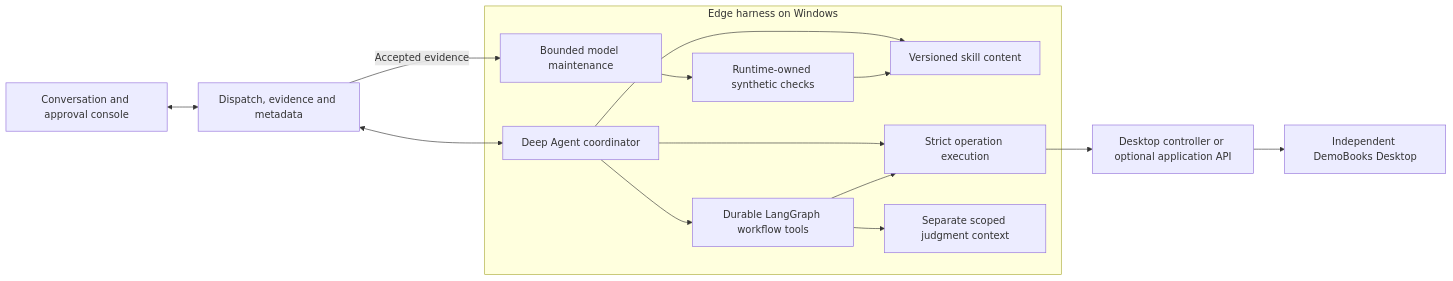
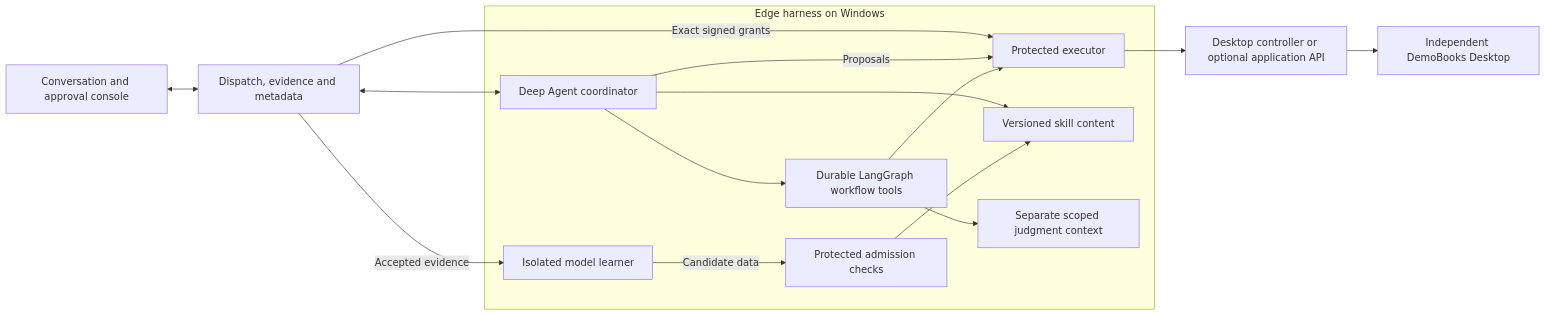
One commit to philip-roy-jones/enterprise-agent-system changed the diagram in README.md. Above: the diagram before and after it, drawn with Mermaid. The commit also changed other lines of this file and 66 other files, not shown here.

Commit message:
Enforce scoped identities and isolate Windows agent execution

````diff
--- a/README.md
+++ b/README.md
@@ -109,17 +109,18 @@
 ```mermaid
 flowchart LR
     Staff[Conversation and approval console] <--> Server[Dispatch, evidence and metadata]
     Server <--> Agent
+    Server -->|Exact signed grants| Authority
     subgraph Edge[Edge harness on Windows]
         Agent[Deep Agent coordinator] --> Skills[Versioned skill content]
         Agent --> Graph[Durable LangGraph workflow tools]
-        Agent --> Authority[Strict operation execution]
+        Agent -->|Proposals| Authority[Protected executor]
         Graph --> Authority
         Graph --> Judgment[Separate scoped judgment context]
-        Learner[Bounded model maintenance] --> Checks[Runtime-owned synthetic checks]
+        Learner[Isolated model learner] -->|Candidate data| Checks[Protected admission checks]
         Checks --> Skills
     end
     Authority --> Controller[Desktop controller or optional application API]
     Controller --> DemoBooks[Independent DemoBooks Desktop]
     Server -->|Accepted evidence| Learner
 ```
````
